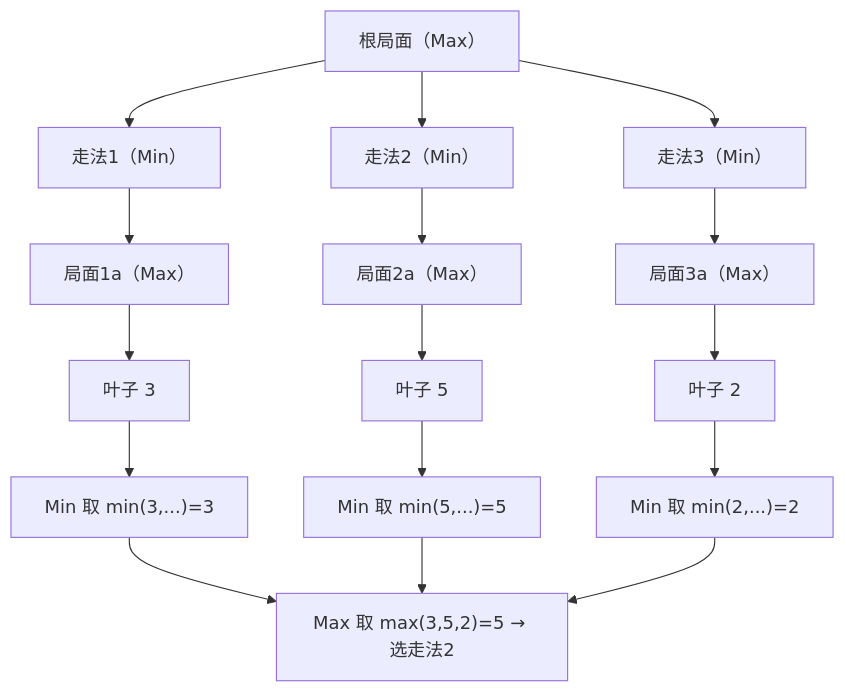
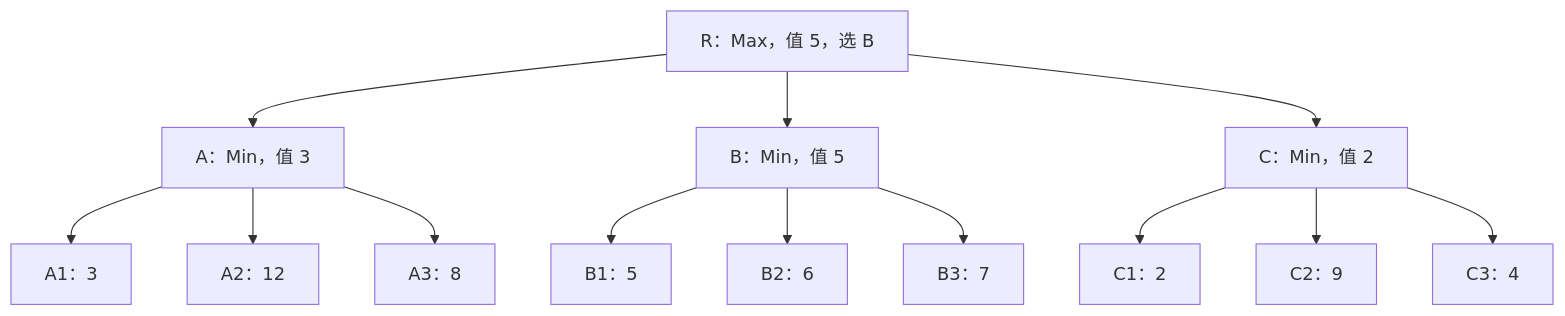
Before and after one commit to fantuan812/learning: the first of 3 diagrams in 知识/06-游戏AI/感知决策与行为规划/05-博弈搜索与对战AI.md, drawn with Mermaid. The commit also changed other lines of this file and 1 other file, not shown here.

````diff
--- a/知识/06-游戏AI/感知决策与行为规划/05-博弈搜索与对战AI.md
+++ b/知识/06-游戏AI/感知决策与行为规划/05-博弈搜索与对战AI.md
@@ -113,12 +96,15 @@
 ```mermaid
 flowchart TD
-    A["根局面（Max）"] --> B["走法1（Min）"] --> C["局面1a（Max）"] --> D["叶子 3"]
-    A --> E["走法2（Min）"] --> F["局面2a（Max）"] --> G["叶子 5"]
-    A --> H["走法3（Min）"] --> I["局面3a（Max）"] --> J["叶子 2"]
-    D --> K["Min 取 min(3,...)=3"]
-    G --> L["Min 取 min(5,...)=5"]
-    J --> M["Min 取 min(2,...)=2"]
-    K --> N["Max 取 max(3,5,2)=5 → 选走法2"]
-    L --> N
-    M --> N
+    R["R：Max，值 5，选 B"] --> A["A：Min，值 3"]
+    R --> B["B：Min，值 5"]
+    R --> C["C：Min，值 2"]
+    A --> A1["A1：3"]
+    A --> A2["A2：12"]
+    A --> A3["A3：8"]
+    B --> B1["B1：5"]
+    B --> B2["B2：6"]
+    B --> B3["B3：7"]
+    C --> C1["C1：2"]
+    C --> C2["C2：9"]
+    C --> C3["C3：4"]
 ```
````
